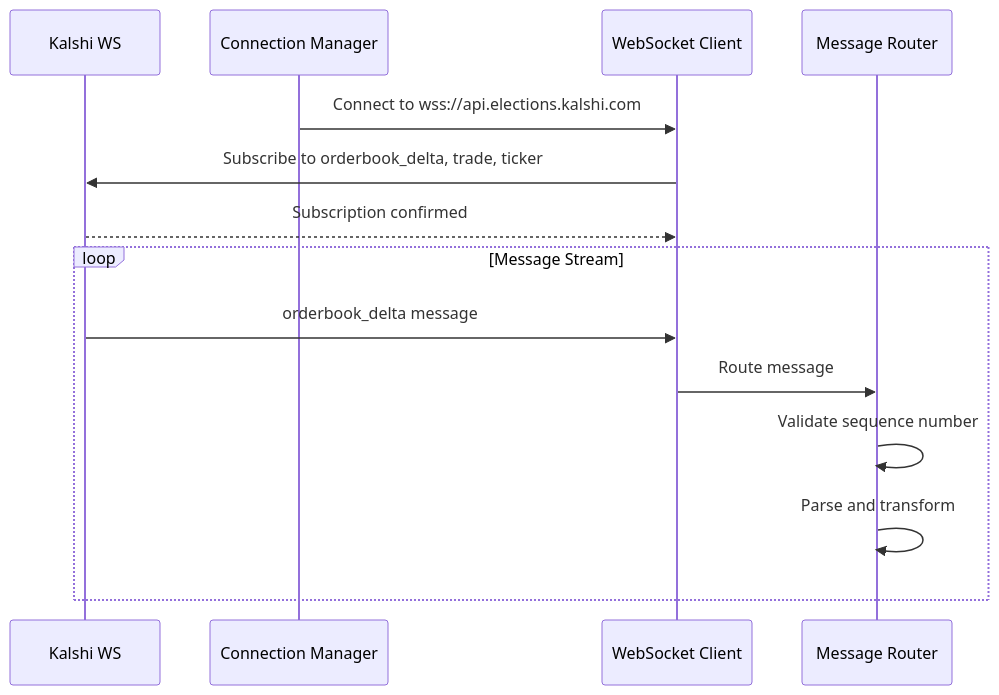
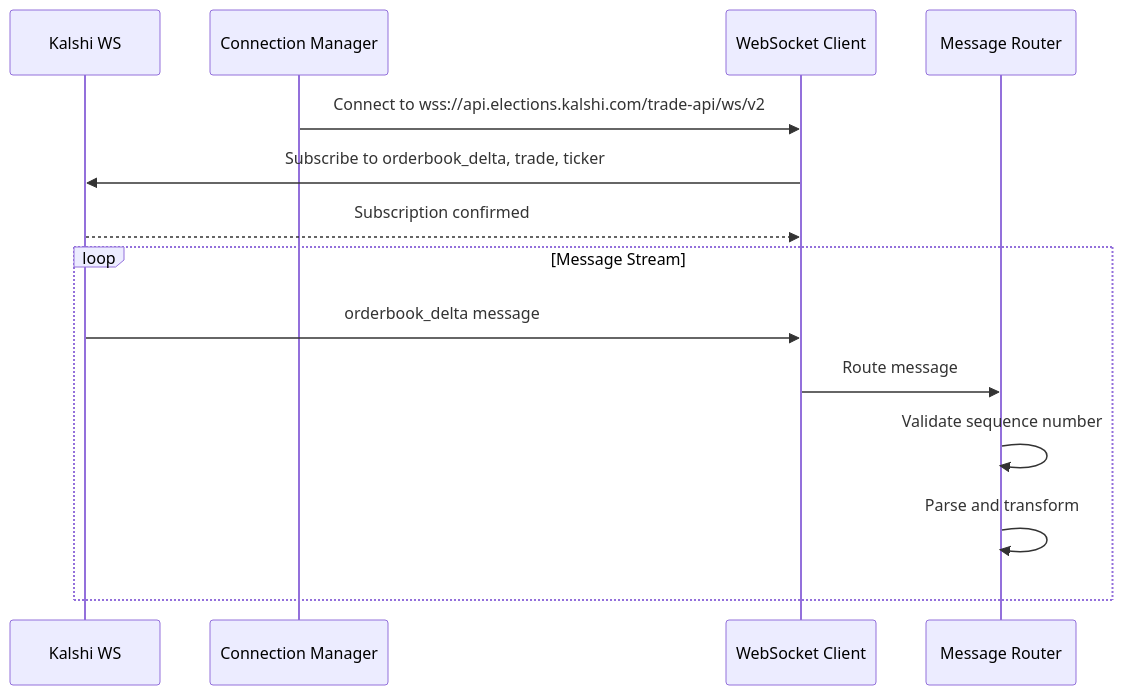
One commit to Projectsrxg/kalshi_v2 changed the sixth of 10 diagrams in docs/kalshi-data/architecture/data-flow.md. Above: the diagram before and after it, drawn with Mermaid. The commit also changed 30 other files, not shown here.

````diff
--- a/docs/kalshi-data/architecture/data-flow.md
+++ b/docs/kalshi-data/architecture/data-flow.md
@@ -159,18 +159,18 @@
 ```mermaid
 sequenceDiagram
     participant K as Kalshi WS
     participant CM as Connection Manager
     participant WS as WebSocket Client
     participant MR as Message Router
 
-    CM->>WS: Connect to wss://api.elections.kalshi.com
+    CM->>WS: Connect to wss://api.elections.kalshi.com/trade-api/ws/v2
     WS->>K: Subscribe to orderbook_delta, trade, ticker
     K-->>WS: Subscription confirmed
 
     loop Message Stream
         K->>WS: orderbook_delta message
         WS->>MR: Route message
         MR->>MR: Validate sequence number
         MR->>MR: Parse and transform
     end
 ```
````
